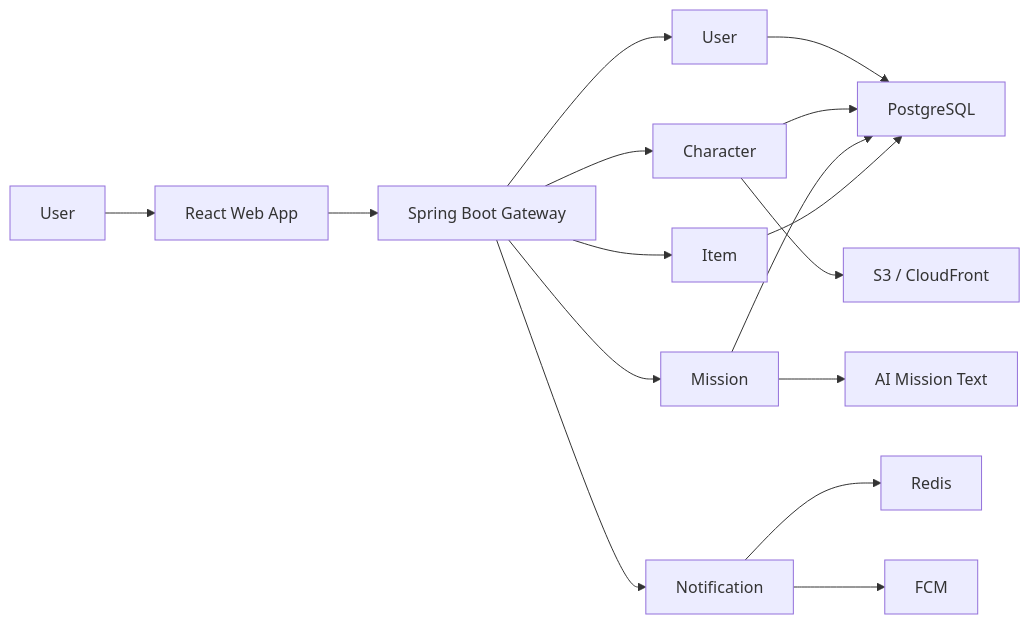
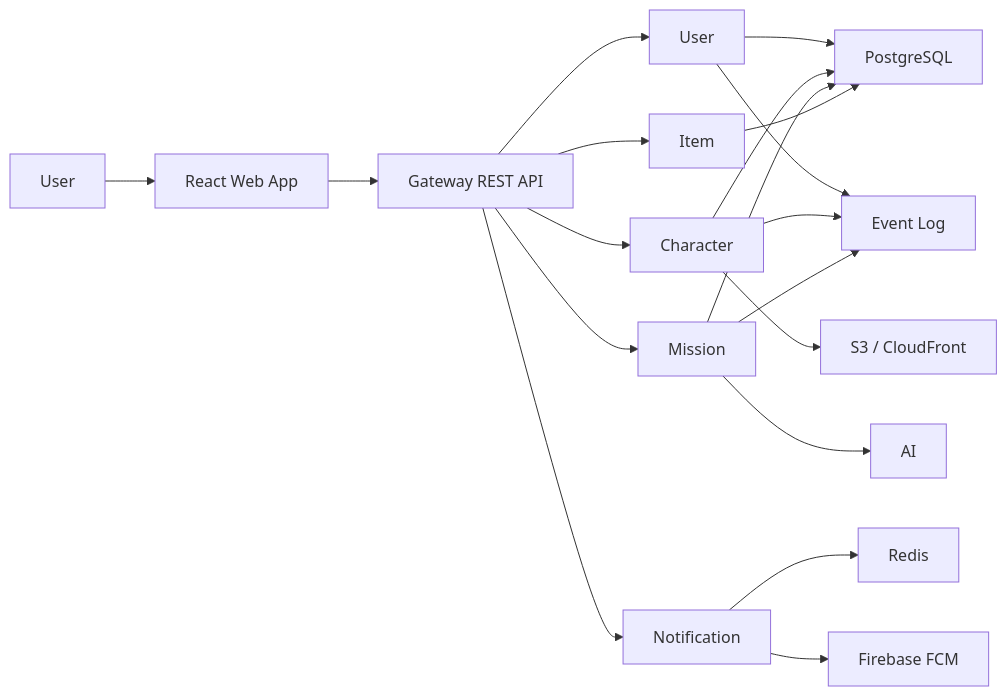
Before and after one commit to p5laris-team/.github: the second of 2 diagrams in profile/README.md, drawn with Mermaid. The commit also changed other lines of this file, not shown here.

````diff
--- a/profile/README.md
+++ b/profile/README.md
@@ -39,18 +68,23 @@
 ```mermaid
 flowchart LR
     User["User"] --> Web["React Web App"]
-    Web --> Gateway["Spring Boot Gateway"]
+    Web --> Gateway["Gateway REST API"]
+
     Gateway --> UserModule["User"]
     Gateway --> CharacterModule["Character"]
     Gateway --> MissionModule["Mission"]
     Gateway --> ItemModule["Item"]
     Gateway --> NotificationModule["Notification"]
-    MissionModule --> AiModule["AI Mission Text"]
+
+    MissionModule --> AiModule["AI"]
     CharacterModule --> Storage["S3 / CloudFront"]
     UserModule --> DB["PostgreSQL"]
     CharacterModule --> DB
     MissionModule --> DB
     ItemModule --> DB
     NotificationModule --> Redis["Redis"]
-    NotificationModule --> FCM["FCM"]
+    NotificationModule --> FCM["Firebase FCM"]
+    UserModule --> EventLog["Event Log"]
+    CharacterModule --> EventLog
+    MissionModule --> EventLog
 ```
````
